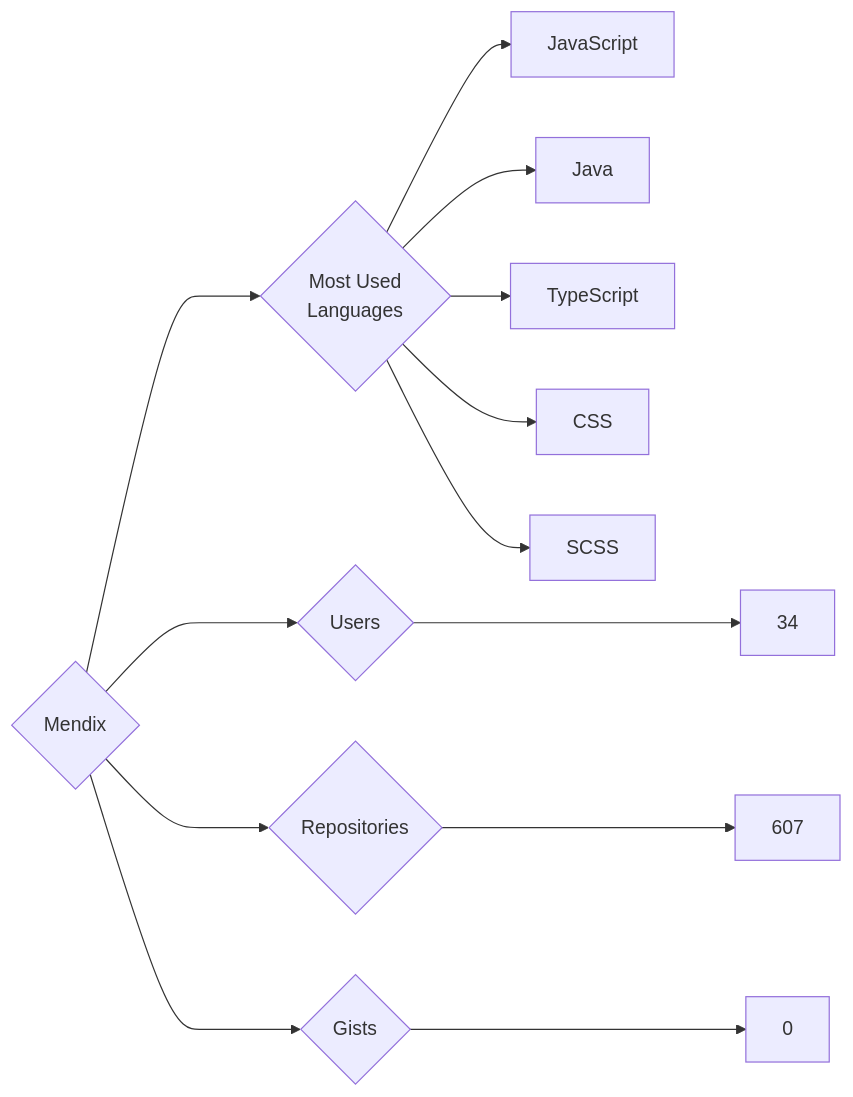
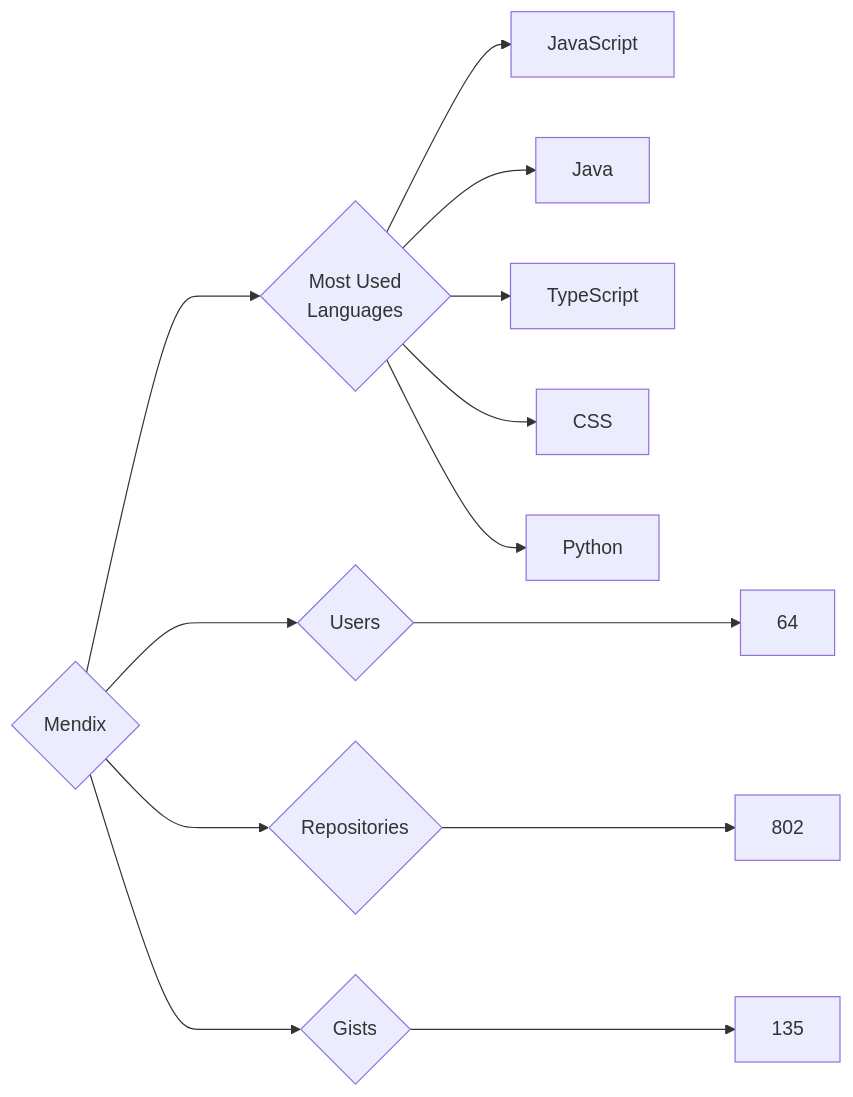
The diagram in targets/Mendix/README.md (trickest/insiders), drawn with Mermaid before and after one commit. The commit also changed 997 other files, not shown here.

````diff
--- a/targets/Mendix/README.md
+++ b/targets/Mendix/README.md
@@ -3,13 +3,13 @@
 ```mermaid
 graph LR
 COMPANY_NAME{Mendix}
-COMPANY_NAME ---> U{Users} ---> UN[34]
-COMPANY_NAME ---> R{Repositories} ---> RN[607]
-COMPANY_NAME ---> G{Gists} ---> GN[0]
+COMPANY_NAME ---> U{Users} ---> UN[64]
+COMPANY_NAME ---> R{Repositories} ---> RN[802]
+COMPANY_NAME ---> G{Gists} ---> GN[135]
 COMPANY_NAME ---> ML{Most Used<br>Languages}
-ML --> JavaScript
-ML --> Java
-ML --> TypeScript
-ML --> CSS
-ML --> SCSS
+ML --> JavaScript[JavaScript]
+ML --> Java[Java]
+ML --> TypeScript[TypeScript]
+ML --> CSS[CSS]
+ML --> Python[Python]
 ```
````
